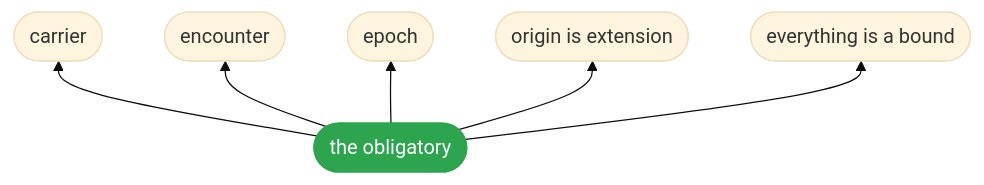
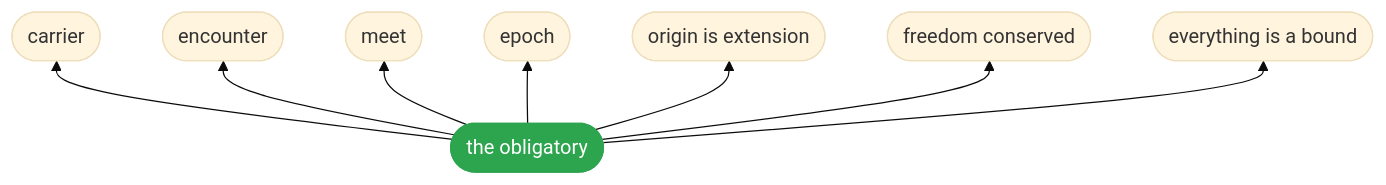
One commit to Lapxo/obligations changed the second of 2 diagrams in docs/reference.md. Above: the diagram before and after it, drawn with Mermaid (base theme). The commit also changed other lines of this file and 61 other files, not shown here.

````diff
--- a/docs/reference.md
+++ b/docs/reference.md
@@ -64,16 +65,20 @@
 ```mermaid
 flowchart BT
   o(["the obligatory"])
   r0(["carrier"])
   r1(["encounter"])
-  r2(["epoch"])
-  r3(["origin is extension"])
-  r4(["everything is a bound"])
+  r2(["meet"])
+  r3(["epoch"])
+  r4(["origin is extension"])
+  r5(["freedom conserved"])
+  r6(["everything is a bound"])
   o --> r0
   o --> r1
   o --> r2
   o --> r3
   o --> r4
+  o --> r5
+  o --> r6
   classDef object fill:#2da44e,color:#ffffff,stroke:#2da44e
   class o object
 ```
````
